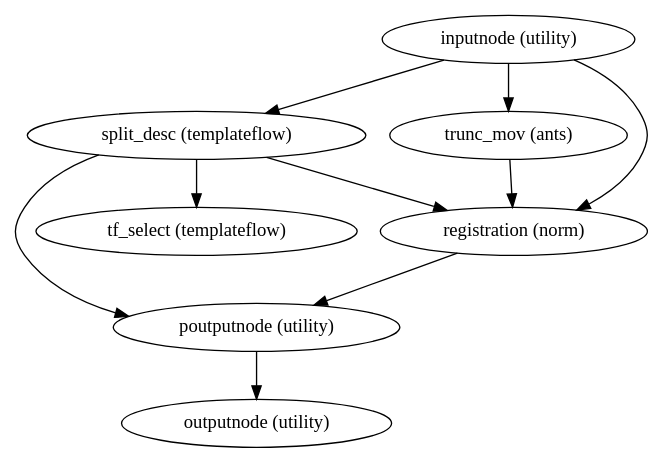
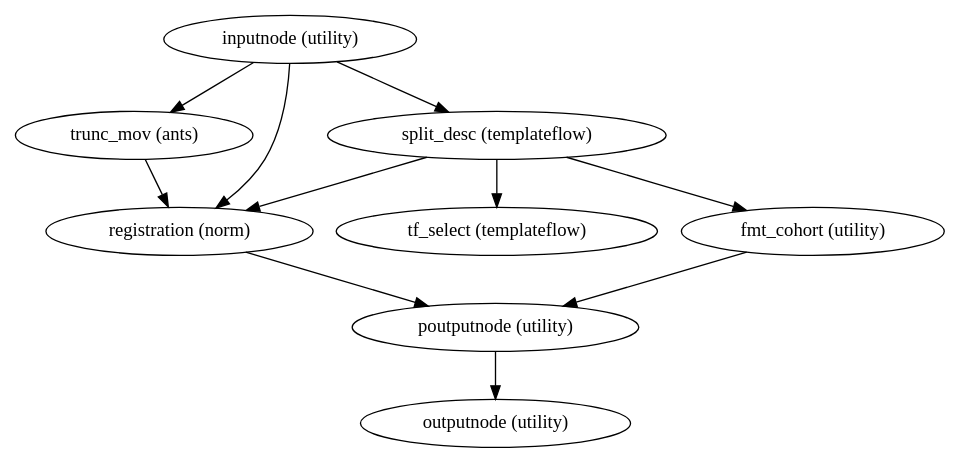
One commit to laviniawuensch/smriprep changed the diagram in master/wf_directive/api/register_template_wf/smriprep-workflows-fit-registration-1.dot. Above: the diagram before and after it, drawn with Graphviz. The commit also changed 4869 other files, not shown here.

```diff
--- a/master/wf_directive/api/register_template_wf/smriprep-workflows-fit-registration-1.dot
+++ b/master/wf_directive/api/register_template_wf/smriprep-workflows-fit-registration-1.dot
@@ -1,18 +1,20 @@
 strict digraph  {
 "poutputnode (utility)";
 "outputnode (utility)";
 "inputnode (utility)";
 "split_desc (templateflow)";
 "trunc_mov (ants)";
 "registration (norm)";
 "tf_select (templateflow)";
+"fmt_cohort (utility)";
 "poutputnode (utility)" -> "outputnode (utility)";
 "inputnode (utility)" -> "split_desc (templateflow)";
 "inputnode (utility)" -> "trunc_mov (ants)";
 "inputnode (utility)" -> "registration (norm)";
 "split_desc (templateflow)" -> "tf_select (templateflow)";
 "split_desc (templateflow)" -> "registration (norm)";
-"split_desc (templateflow)" -> "poutputnode (utility)";
+"split_desc (templateflow)" -> "fmt_cohort (utility)";
 "trunc_mov (ants)" -> "registration (norm)";
 "registration (norm)" -> "poutputnode (utility)";
+"fmt_cohort (utility)" -> "poutputnode (utility)";
 }
```
